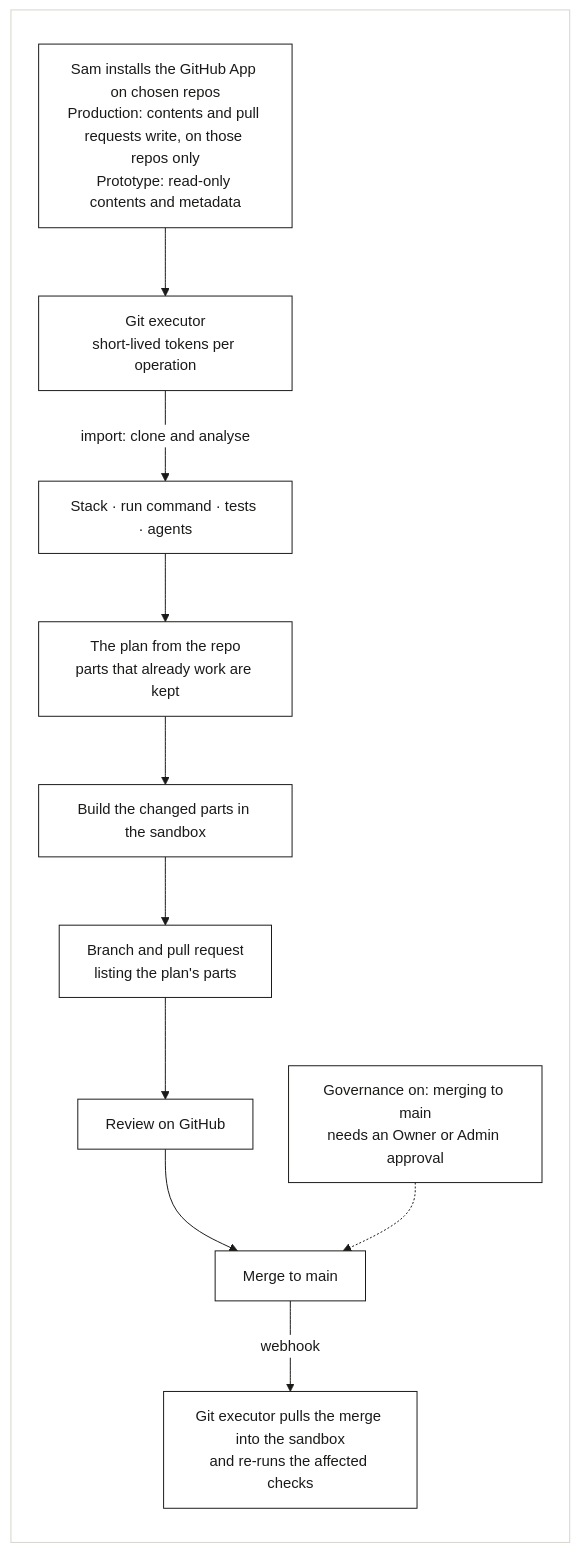
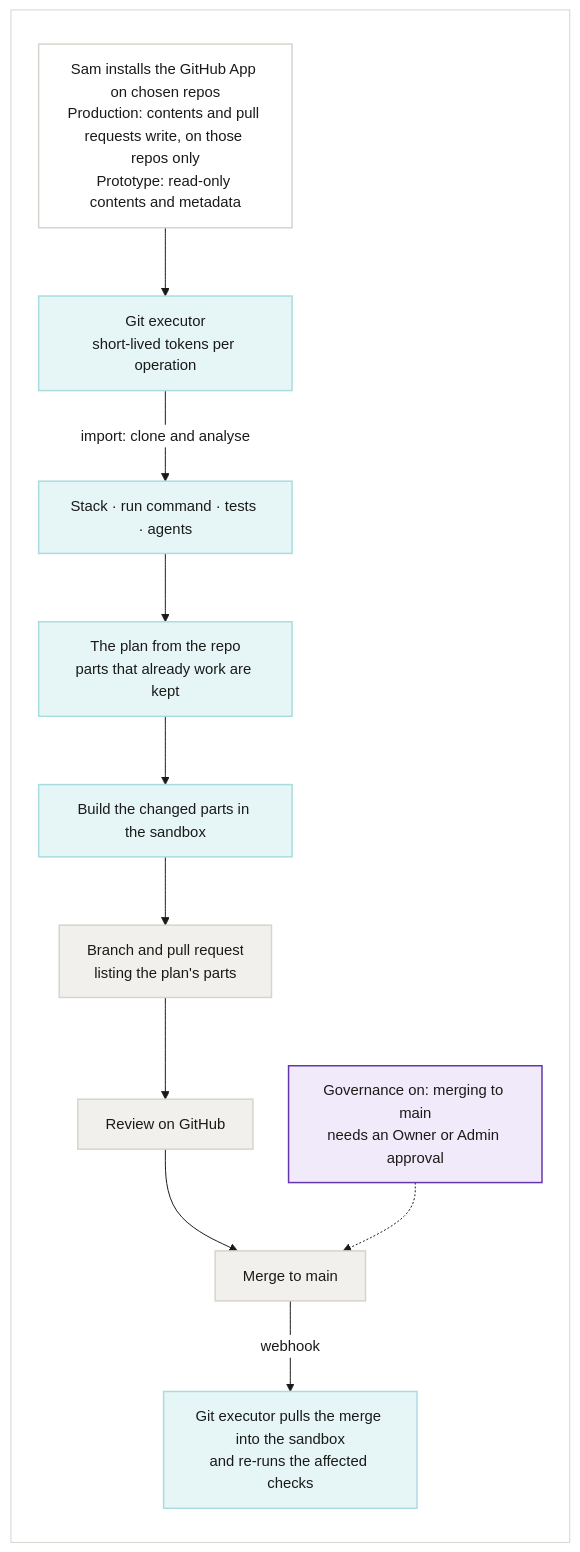
Before and after one commit to netanyaj/architect-2: the diagram in docs/product/diagrams/src/A7-github-flow.mmd, drawn with Mermaid. The commit also changed 32 other files, not shown here.

```diff
--- a/docs/product/diagrams/src/A7-github-flow.mmd
+++ b/docs/product/diagrams/src/A7-github-flow.mmd
@@ -1,17 +1,27 @@
-%%{init: {"theme":"base","themeVariables":{"fontFamily":"Arial","fontSize":"15px","primaryColor":"#FFFFFF","primaryBorderColor":"#1A1A19","primaryTextColor":"#1A1A19","lineColor":"#1A1A19","secondaryColor":"#FFFFFF","tertiaryColor":"#FFFFFF","clusterBkg":"#F5F4F0","clusterBorder":"#D6D4CC","edgeLabelBackground":"#FFFFFF","actorBkg":"#FFFFFF","actorBorder":"#1A1A19","actorTextColor":"#1A1A19","actorLineColor":"#A8A69F","signalColor":"#1A1A19","signalTextColor":"#1A1A19","noteBkgColor":"#F5F4F0","noteBorderColor":"#D6D4CC","noteTextColor":"#42413D","labelBoxBkgColor":"#FFFFFF","labelBoxBorderColor":"#1A1A19","labelTextColor":"#1A1A19","loopTextColor":"#1A1A19","activationBkgColor":"#F5F4F0","activationBorderColor":"#1A1A19","sequenceNumberColor":"#FFFFFF"},"flowchart":{"curve":"basis","padding":14,"nodeSpacing":36,"rankSpacing":44}}}%%
+%%{init: {"theme":"base","themeVariables":{"fontFamily":"Arial","fontSize":"15px","primaryColor":"#FFFFFF","primaryBorderColor":"#1A1A19","primaryTextColor":"#1A1A19","lineColor":"#1A1A19","secondaryColor":"#FFFFFF","tertiaryColor":"#FFFFFF","clusterBkg":"#FFFFFF","clusterBorder":"#D6D4CC","edgeLabelBackground":"#FFFFFF","actorBkg":"#FFFFFF","actorBorder":"#1A1A19","actorTextColor":"#1A1A19","actorLineColor":"#A8A69F","signalColor":"#1A1A19","signalTextColor":"#1A1A19","noteBkgColor":"#FFFFFF","noteBorderColor":"#D6D4CC","noteTextColor":"#1A1A19","labelBoxBkgColor":"#FFFFFF","labelBoxBorderColor":"#1A1A19","labelTextColor":"#1A1A19","loopTextColor":"#1A1A19","activationBkgColor":"#F5F4F0","activationBorderColor":"#1A1A19","sequenceNumberColor":"#FFFFFF","textColor":"#1A1A19","titleColor":"#1A1A19","nodeTextColor":"#1A1A19"},"flowchart":{"curve":"basis","padding":14,"nodeSpacing":36,"rankSpacing":44}}}%%
 flowchart TB
   %% A white card, so ink lines read on GitHub's dark theme too
   subgraph CARD[" "]
     direction TB
     U["Sam installs the GitHub App on chosen repos<br/>Production: contents and pull requests write, on those repos only<br/>Prototype: read-only contents and metadata"]
     U --> GE["Git executor<br/>short-lived tokens per operation"]
     GE -- "import: clone and analyse" --> AN["Stack · run command · tests · agents"]
     AN --> PL["The plan from the repo<br/>parts that already work are kept"]
     PL --> BLD["Build the changed parts in the sandbox"]
     BLD --> PR["Branch and pull request<br/>listing the plan's parts"]
     PR --> REV["Review on GitHub"]
     REV --> MRG["Merge to main"]
     POL["Governance on: merging to main<br/>needs an Owner or Admin approval"] -.-> MRG
     MRG -- "webhook" --> SYNC["Git executor pulls the merge into the sandbox<br/>and re-runs the affected checks"]
   end
-  style CARD fill:#FFFFFF,stroke:#D6D4CC
+  classDef people fill:#FFFFFF,stroke:#D6D4CC,stroke-width:1.5px,color:#1A1A19
+  classDef control fill:#EEEAFB,stroke:#C9BEF2,stroke-width:1.5px,color:#1A1A19
+  classDef cell fill:#E6F5F6,stroke:#A9DCE0,stroke-width:1.5px,color:#1A1A19
+  classDef studio fill:#E8F1E6,stroke:#B7D3B0,stroke-width:1.5px,color:#1A1A19
+  classDef outside fill:#F1F0EC,stroke:#D6D4CC,stroke-width:1.5px,color:#1A1A19
+  classDef approval fill:#F0EAFA,stroke:#6236AD,stroke-width:1.5px,color:#1A1A19
+  class U people
+  class GE,AN,PL,BLD,SYNC cell
+  class PR,REV,MRG outside
+  class POL approval
+  style CARD fill:#FFFFFF,stroke:#D6D4CC,color:#1A1A19
```
